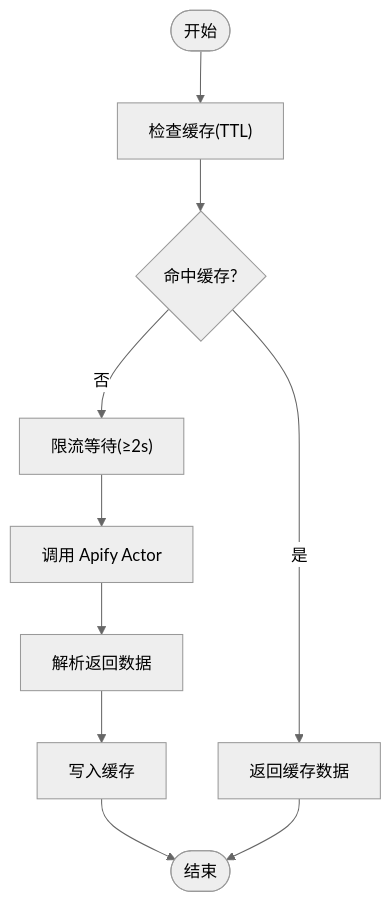
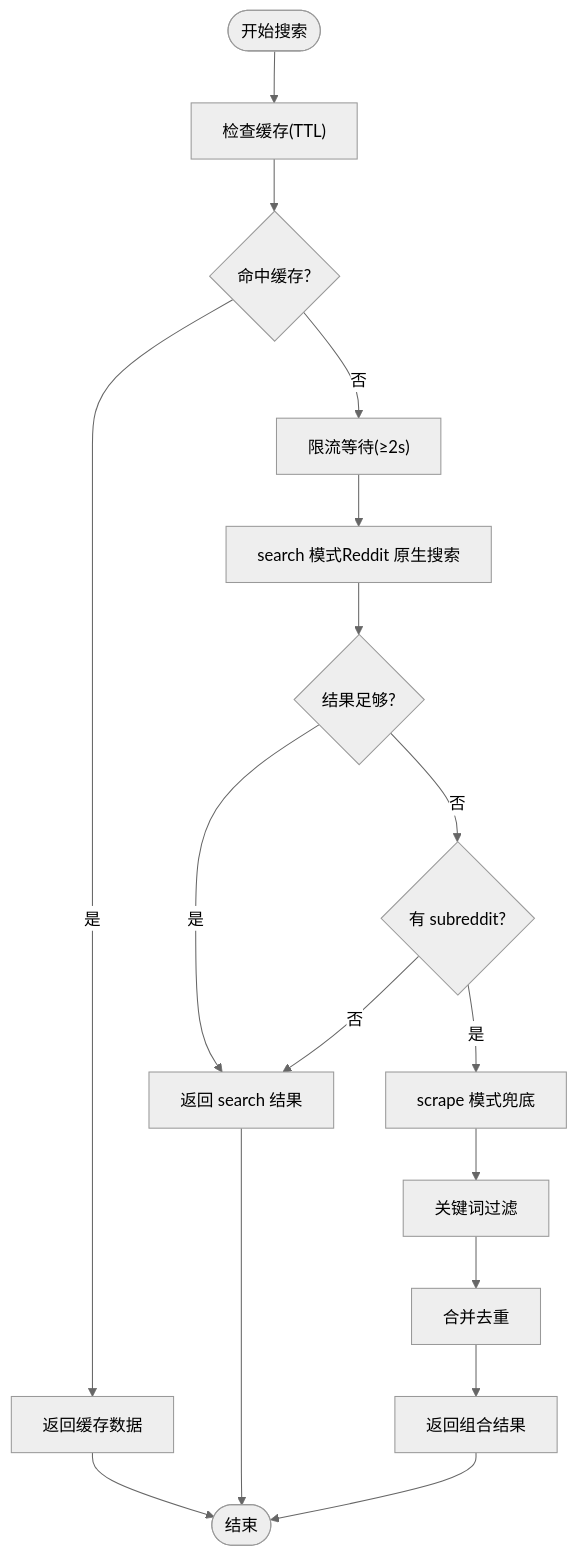
Before and after one commit to zezzezzez/reddit: the third of 7 diagrams in .qoder/repowiki/zh/content/部署指南/本地部署.md, drawn with Mermaid (neutral theme). The commit also changed other lines of this file and 21 other files, not shown here.

````diff
--- a/.qoder/repowiki/zh/content/部署指南/本地部署.md
+++ b/.qoder/repowiki/zh/content/部署指南/本地部署.md
@@ -114,12 +144,19 @@
 ```mermaid
 flowchart TD
-Start(["开始"]) --> CheckCache["检查缓存(TTL)"]
+Start(["开始搜索"]) --> CheckCache["检查缓存(TTL)"]
 CheckCache --> Hit{"命中缓存?"}
 Hit --> |是| ReturnCache["返回缓存数据"]
 Hit --> |否| Throttle["限流等待(≥2s)"]
-Throttle --> CallActor["调用 Apify Actor"]
-CallActor --> Parse["解析返回数据"]
-Parse --> WriteCache["写入缓存"]
-WriteCache --> Done(["结束"])
-ReturnCache --> Done
+Throttle --> SearchMode["search 模式Reddit 原生搜索"]
+SearchMode --> Enough{"结果足够?"}
+Enough --> |是| ReturnSearch["返回 search 结果"]
+Enough --> |否| HasSubreddit{"有 subreddit?"}
+HasSubreddit --> |否| ReturnSearch
+HasSubreddit --> |是| ScrapeMode["scrape 模式兜底"]
+ScrapeMode --> Filter["关键词过滤"]
+Filter --> Combine["合并去重"]
+Combine --> ReturnCombined["返回组合结果"]
+ReturnCache --> Done(["结束"])
+ReturnSearch --> Done
+ReturnCombined --> Done
 ```
````
